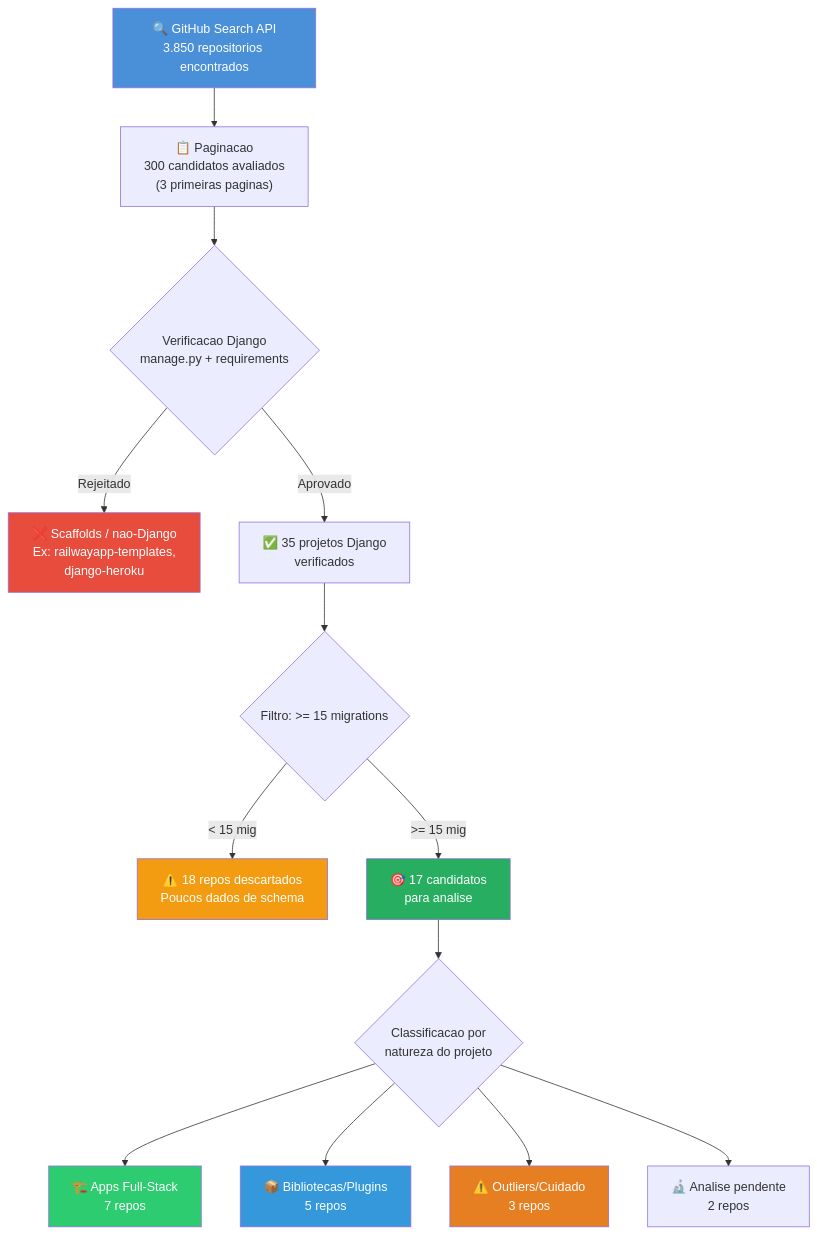
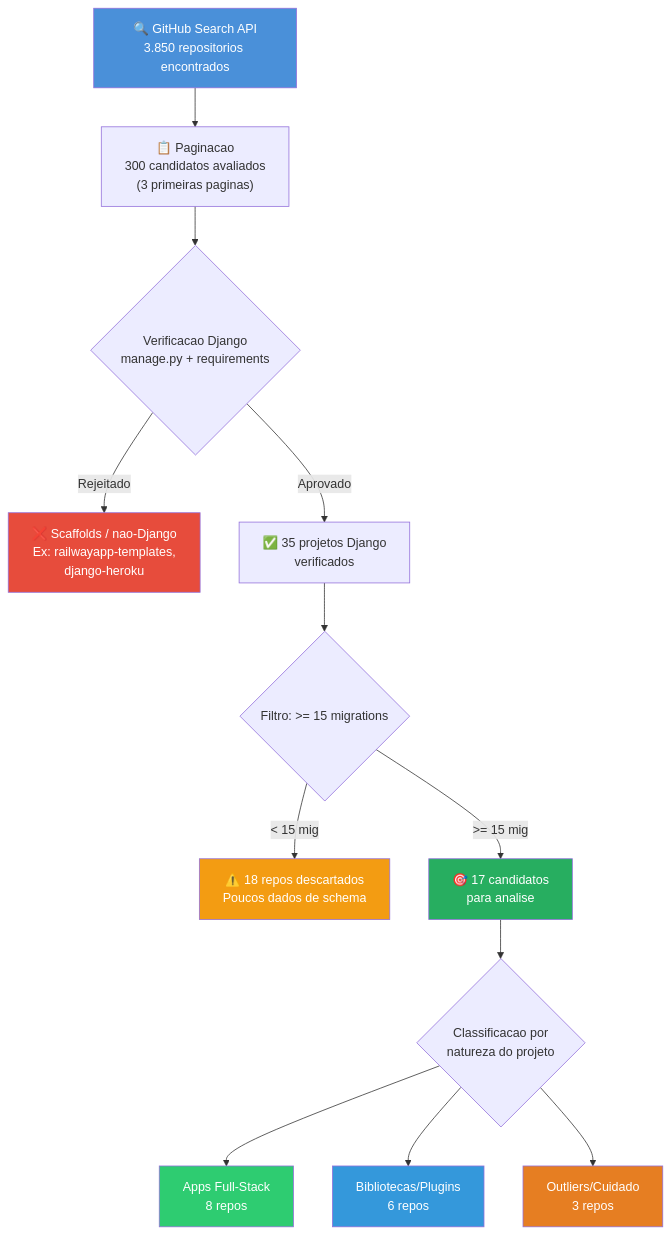
One commit to gabrielrochass/tcc-schema-code-evolution changed the first of 7 diagrams in docs/06-selecao-corpus.md. Above: the diagram before and after it, drawn with Mermaid. The commit also changed other lines of this file and 6 other files, not shown here.

````diff
--- a/docs/06-selecao-corpus.md
+++ b/docs/06-selecao-corpus.md
@@ -14,23 +14,22 @@
 ```mermaid
 flowchart TD
     A["🔍 GitHub Search API\n3.850 repositorios encontrados"] --> B["📋 Paginacao\n300 candidatos avaliados\n(3 primeiras paginas)"]
     B --> C{"Verificacao Django\nmanage.py + requirements"}
     C -->|Rejeitado| D["❌ Scaffolds / nao-Django\nEx: railwayapp-templates,\ndjango-heroku"]
     C -->|Aprovado| E["✅ 35 projetos Django\nverificados"]
     E --> F{"Filtro: >= 15 migrations"}
     F -->|"< 15 mig"| G["⚠️ 18 repos descartados\nPoucos dados de schema"]
     F -->|">= 15 mig"| H["🎯 17 candidatos\npara analise"]
     H --> I{"Classificacao por\nnatureza do projeto"}
-    I --> J["🏗️ Apps Full-Stack\n7 repos"]
-    I --> K["📦 Bibliotecas/Plugins\n5 repos"]
-    I --> L["⚠️ Outliers/Cuidado\n3 repos"]
-    I --> M["🔬 Analise pendente\n2 repos"]
+    I --> J["Apps Full-Stack\n8 repos"]
+    I --> K["Bibliotecas/Plugins\n6 repos"]
+    I --> L["Outliers/Cuidado\n3 repos"]
 
     style A fill:#4a90d9,color:#fff
     style H fill:#27ae60,color:#fff
     style D fill:#e74c3c,color:#fff
     style G fill:#f39c12,color:#fff
     style J fill:#2ecc71,color:#fff
     style K fill:#3498db,color:#fff
     style L fill:#e67e22,color:#fff
 ```
````
